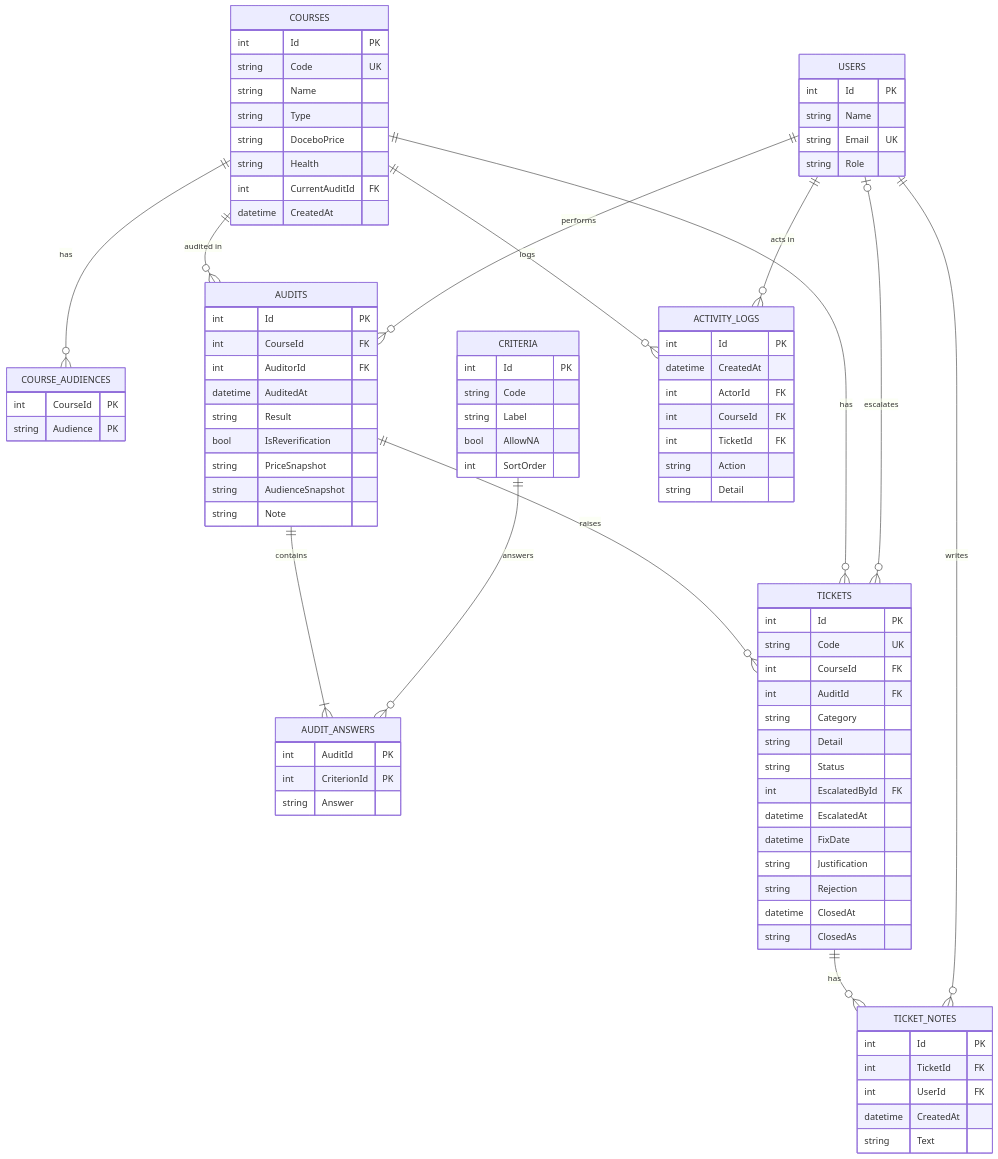
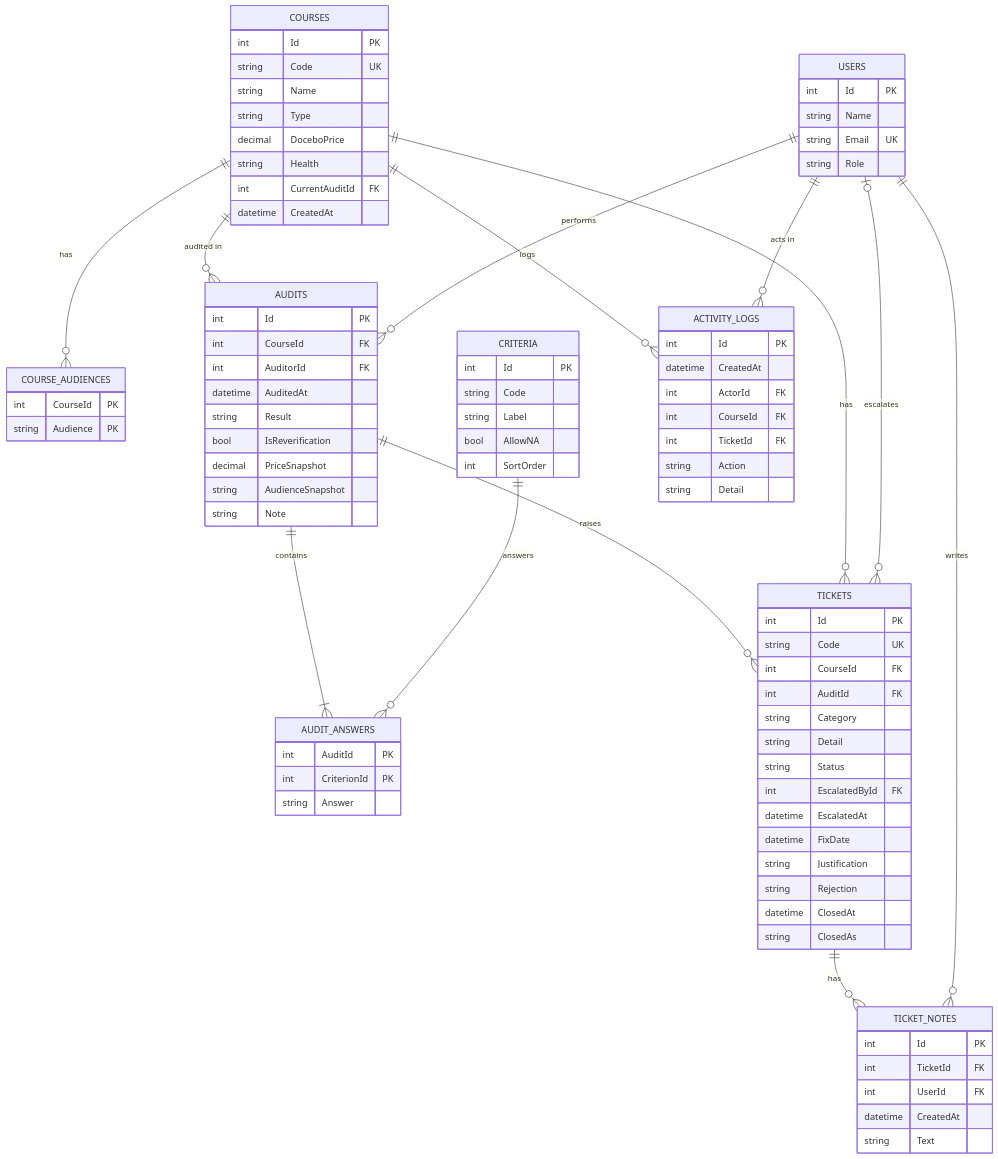
One commit to ahpou9512/course-audit-demo changed the diagram in database.md. Above: the diagram before and after it, drawn with Mermaid. The commit also changed other lines of this file and 3 other files, not shown here.

```diff
--- a/database.md
+++ b/database.md
@@ -30,7 +30,7 @@
     string Code UK
     string Name
     string Type
-    string DoceboPrice
+    decimal DoceboPrice
     string Health
     int CurrentAuditId FK
     datetime CreatedAt
@@ -53,7 +53,7 @@
     datetime AuditedAt
     string Result
     bool IsReverification
-    string PriceSnapshot
+    decimal PriceSnapshot
     string AudienceSnapshot
     string Note
   }
```
